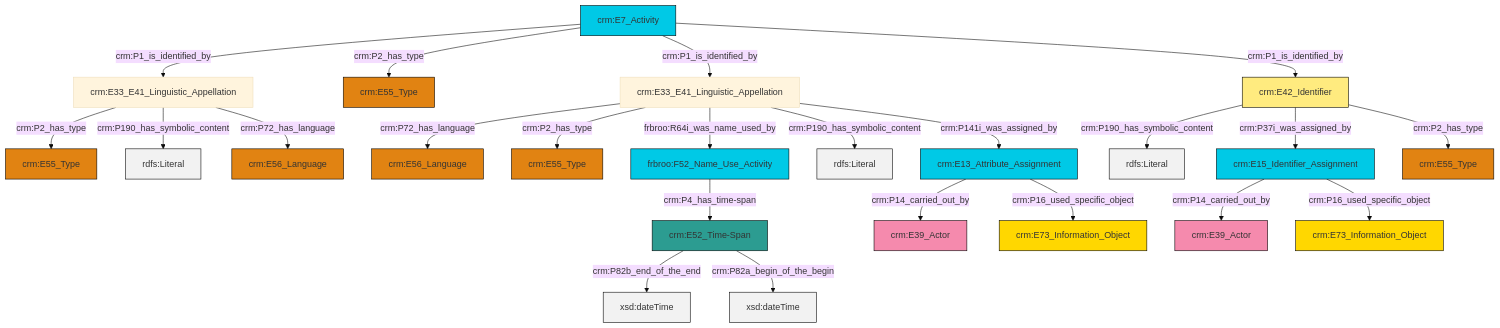
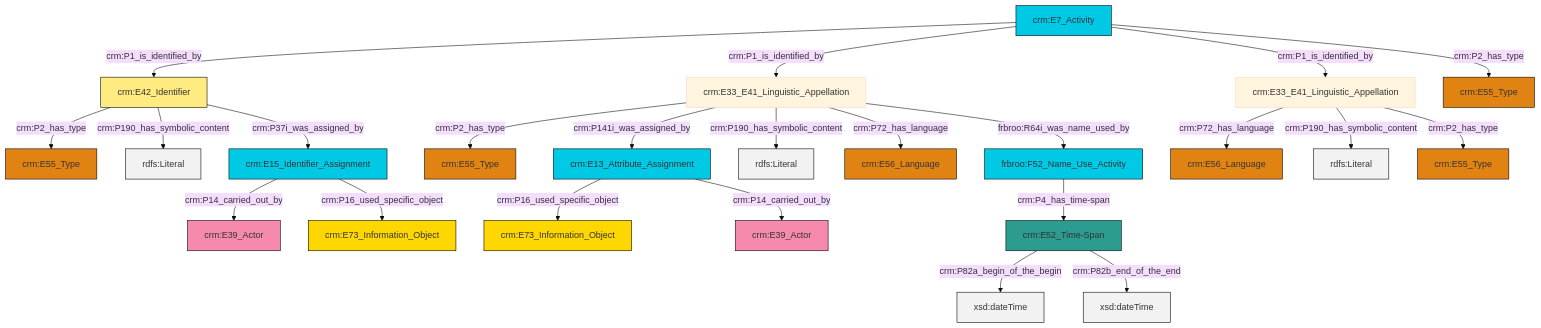
Before and after one commit to swiss-art-research-net/docs.swissartresearch: the diagram in et/eventCSV/ttl/mmd/event_name.ttl.mmd, drawn with Mermaid (base theme). The commit also changed 176 other files, not shown here.

```diff
--- a/et/eventCSV/ttl/mmd/event_name.ttl.mmd
+++ b/et/eventCSV/ttl/mmd/event_name.ttl.mmd
@@ -1,37 +1,37 @@
 graph TD
 classDef Literal fill:#f2f2f2,stroke:#000000;
 classDef CRM_Entity fill:#FFFFFF,stroke:#000000;
 classDef Temporal_Entity fill:#00C9E6, stroke:#000000;
 classDef Type fill:#E18312, stroke:#000000;
 classDef Time-Span fill:#2C9C91, stroke:#000000;
 classDef Appellation fill:#FFEB7F, stroke:#000000;
 classDef Place fill:#008836, stroke:#000000;
 classDef Persistent_Item fill:#B266B2, stroke:#000000;
 classDef Conceptual_Object fill:#FFD700, stroke:#000000;
 classDef Physical_Thing fill:#D2B48C, stroke:#000000;
 classDef Actor fill:#f58aad, stroke:#000000;
 classDef PC_Classes fill:#4ce600, stroke:#000000;
 classDef Multi fill:#cccccc,stroke:#000000;
 
-6["crm:E33_E41_Linguistic_Appellation"]:::Default -->|crm:P72_has_language| 7["crm:E56_Language"]:::Type
-10["crm:E52_Time-Span"]:::Time-Span -->|crm:P82b_end_of_the_end| 11[xsd:dateTime]:::Literal
-4["crm:E7_Activity"]:::Temporal_Entity -->|crm:P1_is_identified_by| 12["crm:E33_E41_Linguistic_Appellation"]:::Default
-2["crm:E42_Identifier"]:::Appellation -->|crm:P190_has_symbolic_content| 17[rdfs:Literal]:::Literal
-4["crm:E7_Activity"]:::Temporal_Entity -->|crm:P2_has_type| 19["crm:E55_Type"]:::Type
-2["crm:E42_Identifier"]:::Appellation -->|crm:P37i_was_assigned_by| 22["crm:E15_Identifier_Assignment"]:::Temporal_Entity
-4["crm:E7_Activity"]:::Temporal_Entity -->|crm:P1_is_identified_by| 6["crm:E33_E41_Linguistic_Appellation"]:::Default
-4["crm:E7_Activity"]:::Temporal_Entity -->|crm:P1_is_identified_by| 2["crm:E42_Identifier"]:::Appellation
-6["crm:E33_E41_Linguistic_Appellation"]:::Default -->|crm:P2_has_type| 29["crm:E55_Type"]:::Type
-23["crm:E13_Attribute_Assignment"]:::Temporal_Entity -->|crm:P14_carried_out_by| 0["crm:E39_Actor"]:::Actor
-22["crm:E15_Identifier_Assignment"]:::Temporal_Entity -->|crm:P14_carried_out_by| 20["crm:E39_Actor"]:::Actor
-6["crm:E33_E41_Linguistic_Appellation"]:::Default -->|frbroo:R64i_was_name_used_by| 13["frbroo:F52_Name_Use_Activity"]:::Temporal_Entity
-12["crm:E33_E41_Linguistic_Appellation"]:::Default -->|crm:P2_has_type| 25["crm:E55_Type"]:::Type
-22["crm:E15_Identifier_Assignment"]:::Temporal_Entity -->|crm:P16_used_specific_object| 33["crm:E73_Information_Object"]:::Conceptual_Object
-6["crm:E33_E41_Linguistic_Appellation"]:::Default -->|crm:P190_has_symbolic_content| 34[rdfs:Literal]:::Literal
-23["crm:E13_Attribute_Assignment"]:::Temporal_Entity -->|crm:P16_used_specific_object| 27["crm:E73_Information_Object"]:::Conceptual_Object
-12["crm:E33_E41_Linguistic_Appellation"]:::Default -->|crm:P190_has_symbolic_content| 36[rdfs:Literal]:::Literal
-10["crm:E52_Time-Span"]:::Time-Span -->|crm:P82a_begin_of_the_begin| 38[xsd:dateTime]:::Literal
-6["crm:E33_E41_Linguistic_Appellation"]:::Default -->|crm:P141i_was_assigned_by| 23["crm:E13_Attribute_Assignment"]:::Temporal_Entity
-2["crm:E42_Identifier"]:::Appellation -->|crm:P2_has_type| 15["crm:E55_Type"]:::Type
-12["crm:E33_E41_Linguistic_Appellation"]:::Default -->|crm:P72_has_language| 8["crm:E56_Language"]:::Type
-13["frbroo:F52_Name_Use_Activity"]:::Temporal_Entity -->|crm:P4_has_time-span| 10["crm:E52_Time-Span"]:::Time-Span
+4["frbroo:F52_Name_Use_Activity"]:::Temporal_Entity -->|crm:P4_has_time-span| 5["crm:E52_Time-Span"]:::Time-Span
+6["crm:E42_Identifier"]:::Appellation -->|crm:P2_has_type| 7["crm:E55_Type"]:::Type
+8["crm:E7_Activity"]:::Temporal_Entity -->|crm:P1_is_identified_by| 6["crm:E42_Identifier"]:::Appellation
+0["crm:E13_Attribute_Assignment"]:::Temporal_Entity -->|crm:P16_used_specific_object| 9["crm:E73_Information_Object"]:::Conceptual_Object
+10["crm:E15_Identifier_Assignment"]:::Temporal_Entity -->|crm:P14_carried_out_by| 11["crm:E39_Actor"]:::Actor
+12["crm:E33_E41_Linguistic_Appellation"]:::Default -->|crm:P72_has_language| 13["crm:E56_Language"]:::Type
+10["crm:E15_Identifier_Assignment"]:::Temporal_Entity -->|crm:P16_used_specific_object| 15["crm:E73_Information_Object"]:::Conceptual_Object
+16["crm:E33_E41_Linguistic_Appellation"]:::Default -->|crm:P2_has_type| 17["crm:E55_Type"]:::Type
+5["crm:E52_Time-Span"]:::Time-Span -->|crm:P82a_begin_of_the_begin| 20[xsd:dateTime]:::Literal
+16["crm:E33_E41_Linguistic_Appellation"]:::Default -->|crm:P141i_was_assigned_by| 0["crm:E13_Attribute_Assignment"]:::Temporal_Entity
+6["crm:E42_Identifier"]:::Appellation -->|crm:P190_has_symbolic_content| 21[rdfs:Literal]:::Literal
+8["crm:E7_Activity"]:::Temporal_Entity -->|crm:P1_is_identified_by| 16["crm:E33_E41_Linguistic_Appellation"]:::Default
+16["crm:E33_E41_Linguistic_Appellation"]:::Default -->|crm:P190_has_symbolic_content| 28[rdfs:Literal]:::Literal
+8["crm:E7_Activity"]:::Temporal_Entity -->|crm:P1_is_identified_by| 12["crm:E33_E41_Linguistic_Appellation"]:::Default
+8["crm:E7_Activity"]:::Temporal_Entity -->|crm:P2_has_type| 2["crm:E55_Type"]:::Type
+5["crm:E52_Time-Span"]:::Time-Span -->|crm:P82b_end_of_the_end| 31[xsd:dateTime]:::Literal
+16["crm:E33_E41_Linguistic_Appellation"]:::Default -->|crm:P72_has_language| 18["crm:E56_Language"]:::Type
+0["crm:E13_Attribute_Assignment"]:::Temporal_Entity -->|crm:P14_carried_out_by| 22["crm:E39_Actor"]:::Actor
+12["crm:E33_E41_Linguistic_Appellation"]:::Default -->|crm:P190_has_symbolic_content| 37[rdfs:Literal]:::Literal
+12["crm:E33_E41_Linguistic_Appellation"]:::Default -->|crm:P2_has_type| 32["crm:E55_Type"]:::Type
+6["crm:E42_Identifier"]:::Appellation -->|crm:P37i_was_assigned_by| 10["crm:E15_Identifier_Assignment"]:::Temporal_Entity
+16["crm:E33_E41_Linguistic_Appellation"]:::Default -->|frbroo:R64i_was_name_used_by| 4["frbroo:F52_Name_Use_Activity"]:::Temporal_Entity
```
